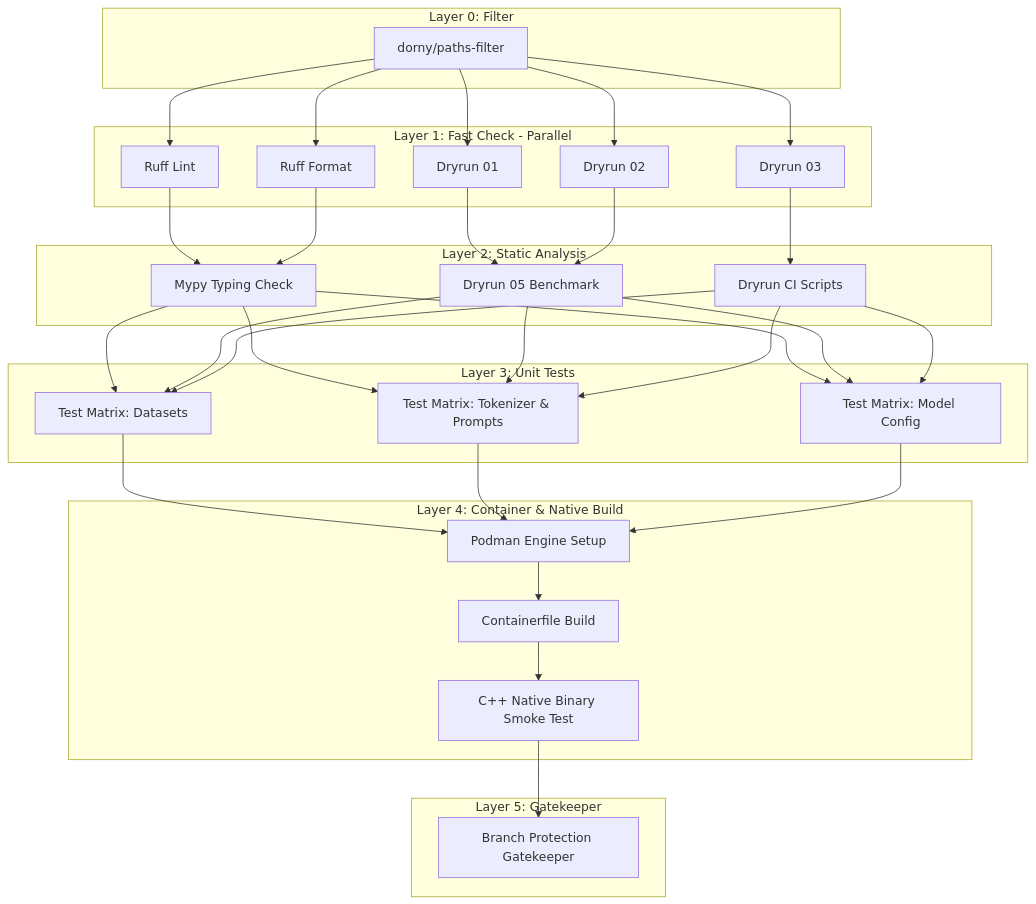
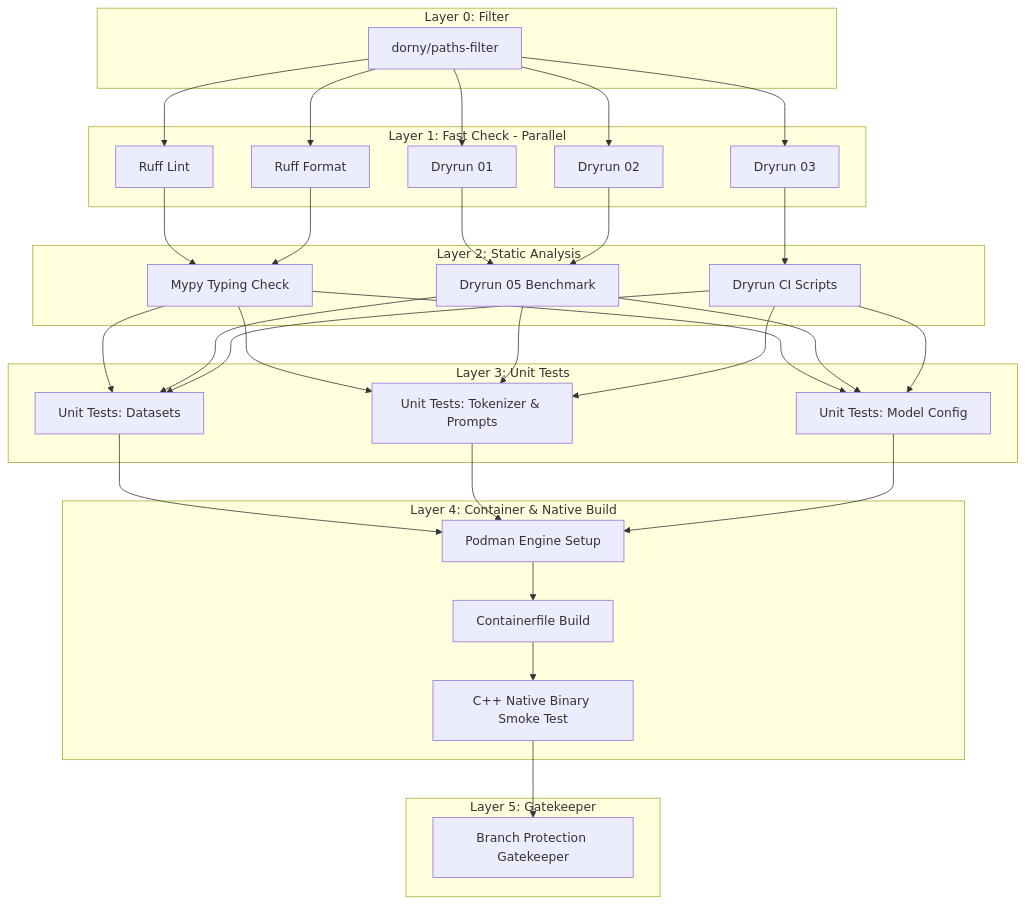
The third of 3 diagrams in README.md (Helfstein-one/MAURICE), drawn with Mermaid before and after one commit. The commit also changed 1 other file, not shown here.

Commit message:
ci: separate unit test processes in workflow
Replace unit_tests_matrix with 3 standalone jobs in ci.yml:
- unit_tests_datasets (03A - Schema & Datasets)
- unit_tests_tokenizer (03B - Tokenizer & Prompts)
- unit_tests_model_config (03C - Model Config Unit)

Update downstream job dependencies and README documentation accordingly.

````diff
--- a/README.md
+++ b/README.md
@@ -67,45 +67,45 @@
 ```mermaid
 flowchart TD
     subgraph Layer0[Layer 0: Filter]
         L0[dorny/paths-filter]
     end
 
     subgraph Layer1[Layer 1: Fast Check - Parallel]
         L1A[Ruff Lint]
         L1B[Ruff Format]
         L1C[Dryrun 01]
         L1D[Dryrun 02]
         L1E[Dryrun 03]
     end
 
     subgraph Layer2[Layer 2: Static Analysis]
         L2A[Mypy Typing Check]
         L2B[Dryrun 05 Benchmark]
         L2C[Dryrun CI Scripts]
     end
 
     subgraph Layer3[Layer 3: Unit Tests]
-        L3A[Test Matrix: Datasets]
-        L3B[Test Matrix: Tokenizer & Prompts]
-        L3C[Test Matrix: Model Config]
+        L3A[Unit Tests: Datasets]
+        L3B[Unit Tests: Tokenizer & Prompts]
+        L3C[Unit Tests: Model Config]
     end
 
     subgraph Layer4[Layer 4: Container & Native Build]
         L4A[Podman Engine Setup]
         L4B[Containerfile Build]
         L4C[C++ Native Binary Smoke Test]
     end
 
     subgraph Layer5[Layer 5: Gatekeeper]
         L5[Branch Protection Gatekeeper]
     end
 
     L0 --> L1A & L1B & L1C & L1D & L1E
     L1A & L1B --> L2A
     L1C & L1D --> L2B
     L1E --> L2C
     L2A & L2B & L2C --> L3A & L3B & L3C
     L3A & L3B & L3C --> L4A
     L4A --> L4B --> L4C
     L4C --> L5
 ```
````
